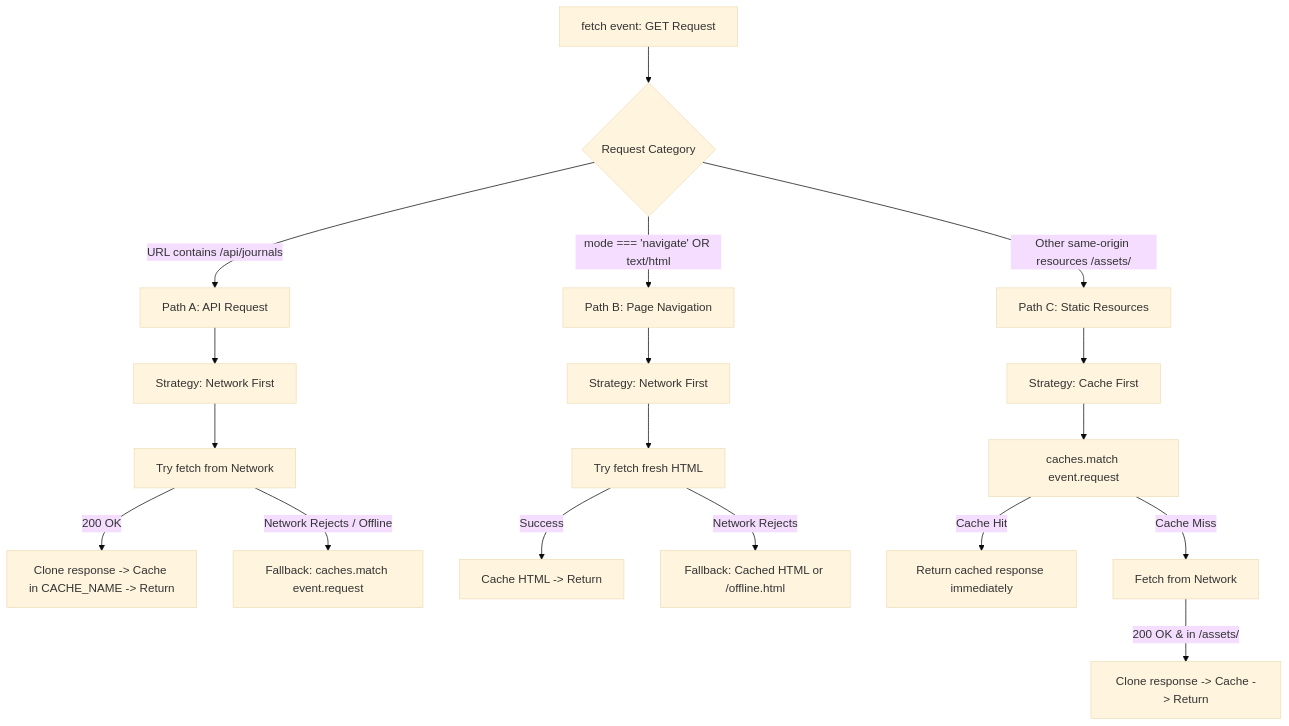
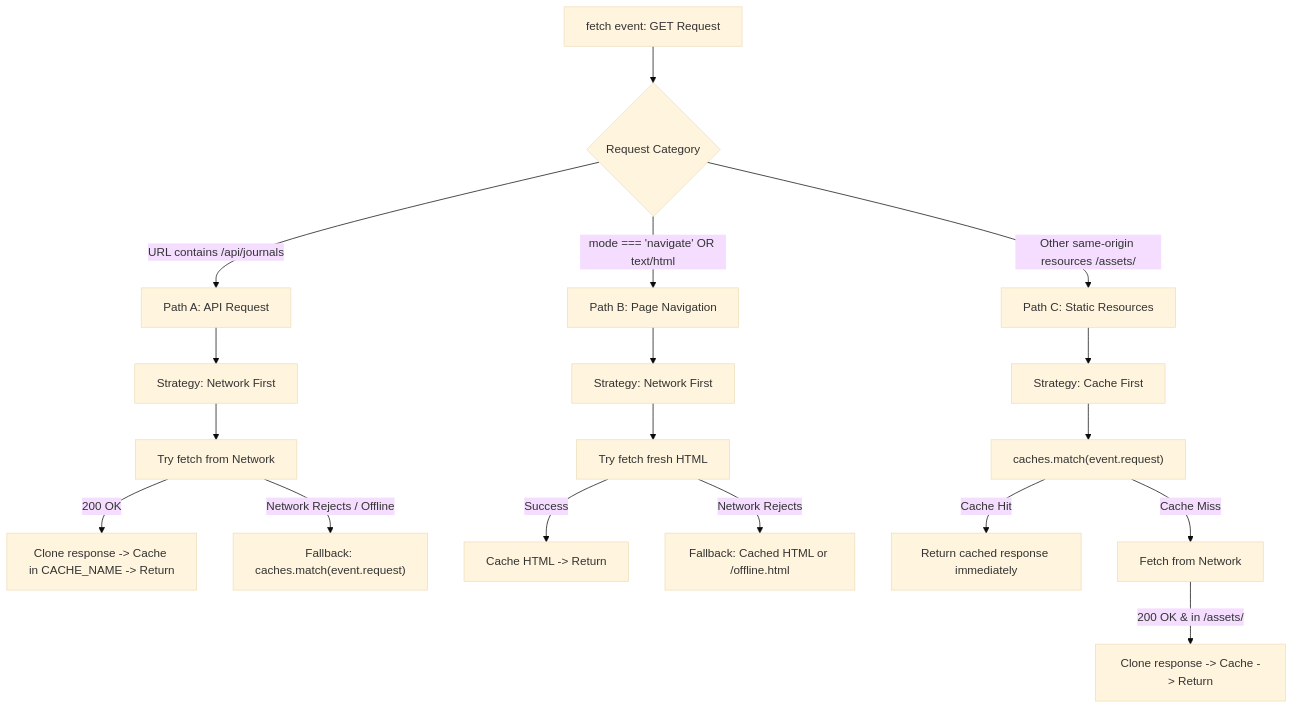
Before and after one commit to Sandipxg/MyJournalApp: the fourth of 4 diagrams in Notes/Pwa_4-core_process.md, drawn with Mermaid (base theme). The commit also changed other lines of this file, not shown here.

Commit message:
fix(docs): quote mermaid node labels in pwa core process

````diff
--- a/Notes/Pwa_4-core_process.md
+++ b/Notes/Pwa_4-core_process.md
@@ -425,23 +425,23 @@
 ```mermaid
 flowchart TD
-    A[fetch event: GET Request] --> B{Request Category}
+    A["fetch event: GET Request"] --> B{"Request Category"}
     
-    B -->|URL contains /api/journals| C[Path A: API Request]
-    C --> C1[Strategy: Network First]
-    C1 --> C2[Try fetch from Network]
-    C2 -->|200 OK| C3[Clone response -> Cache in CACHE_NAME -> Return]
-    C2 -->|Network Rejects / Offline| C4[Fallback: caches.match event.request]
+    B -->|URL contains /api/journals| C["Path A: API Request"]
+    C --> C1["Strategy: Network First"]
+    C1 --> C2["Try fetch from Network"]
+    C2 -->|200 OK| C3["Clone response -> Cache in CACHE_NAME -> Return"]
+    C2 -->|Network Rejects / Offline| C4["Fallback: caches.match(event.request)"]
 
-    B -->|mode === 'navigate' OR text/html| D[Path B: Page Navigation]
-    D --> D1[Strategy: Network First]
-    D1 --> D2[Try fetch fresh HTML]
-    D2 -->|Success| D3[Cache HTML -> Return]
-    D2 -->|Network Rejects| D4[Fallback: Cached HTML or /offline.html]
+    B -->|mode === 'navigate' OR text/html| D["Path B: Page Navigation"]
+    D --> D1["Strategy: Network First"]
+    D1 --> D2["Try fetch fresh HTML"]
+    D2 -->|Success| D3["Cache HTML -> Return"]
+    D2 -->|Network Rejects| D4["Fallback: Cached HTML or /offline.html"]
 
-    B -->|Other same-origin resources /assets/| E[Path C: Static Resources]
-    E --> E1[Strategy: Cache First]
-    E1 --> E2[caches.match event.request]
-    E2 -->|Cache Hit| E3[Return cached response immediately]
-    E2 -->|Cache Miss| E4[Fetch from Network]
-    E4 -->|200 OK & in /assets/| E5[Clone response -> Cache -> Return]
+    B -->|Other same-origin resources /assets/| E["Path C: Static Resources"]
+    E --> E1["Strategy: Cache First"]
+    E1 --> E2["caches.match(event.request)"]
+    E2 -->|Cache Hit| E3["Return cached response immediately"]
+    E2 -->|Cache Miss| E4["Fetch from Network"]
+    E4 -->|200 OK & in /assets/| E5["Clone response -> Cache -> Return"]
 ```
````
